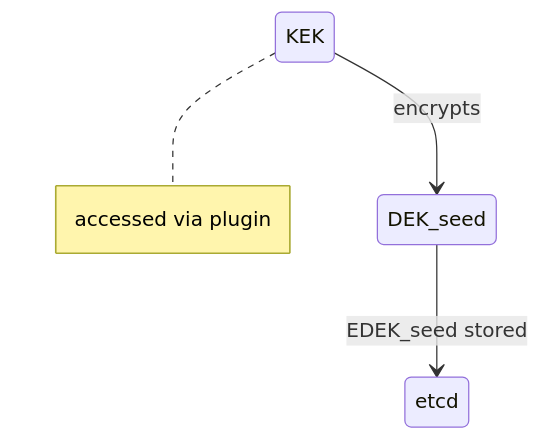
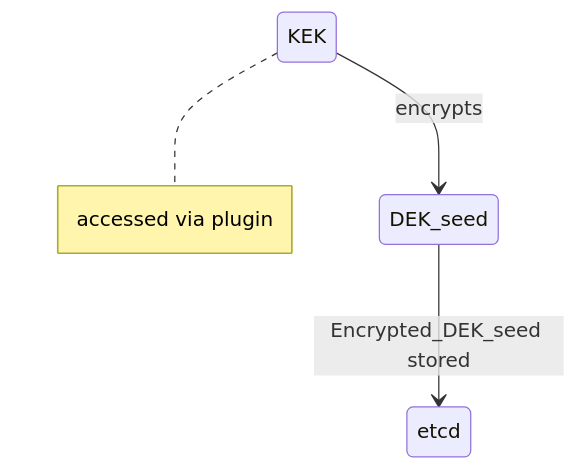
One commit to kubernetes/enhancements changed the fifth of 6 diagrams in keps/sig-auth/3299-kms-v2-improvements/README.md. Above: the diagram before and after it, drawn with Mermaid. The commit also changed other lines of this file, not shown here.

````diff
--- a/keps/sig-auth/3299-kms-v2-improvements/README.md
+++ b/keps/sig-auth/3299-kms-v2-improvements/README.md
@@ -350,9 +391,9 @@
 ```mermaid
 stateDiagram-v2
 KEK
 note right of KEK
    accessed via plugin
 end note
 KEK --> DEK_seed: encrypts
-DEK_seed --> etcd: EDEK_seed stored
+DEK_seed --> etcd: Encrypted_DEK_seed stored
 ```
````
